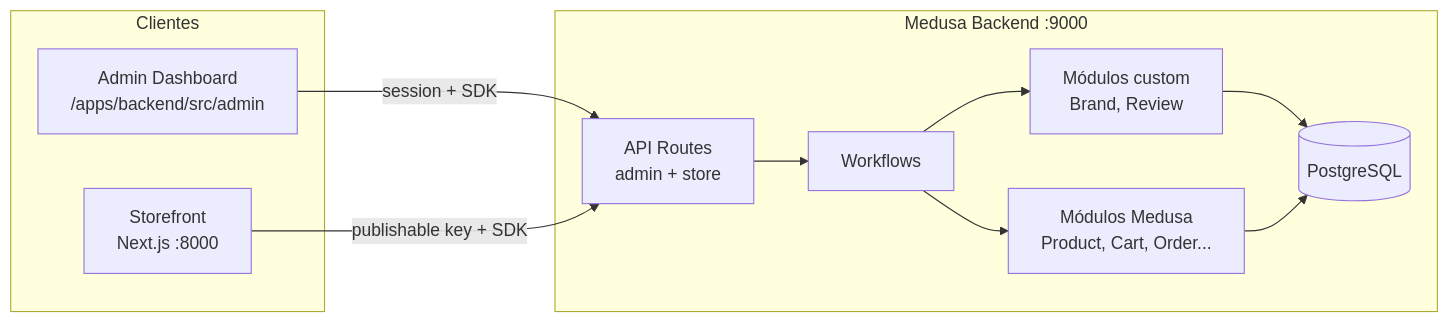
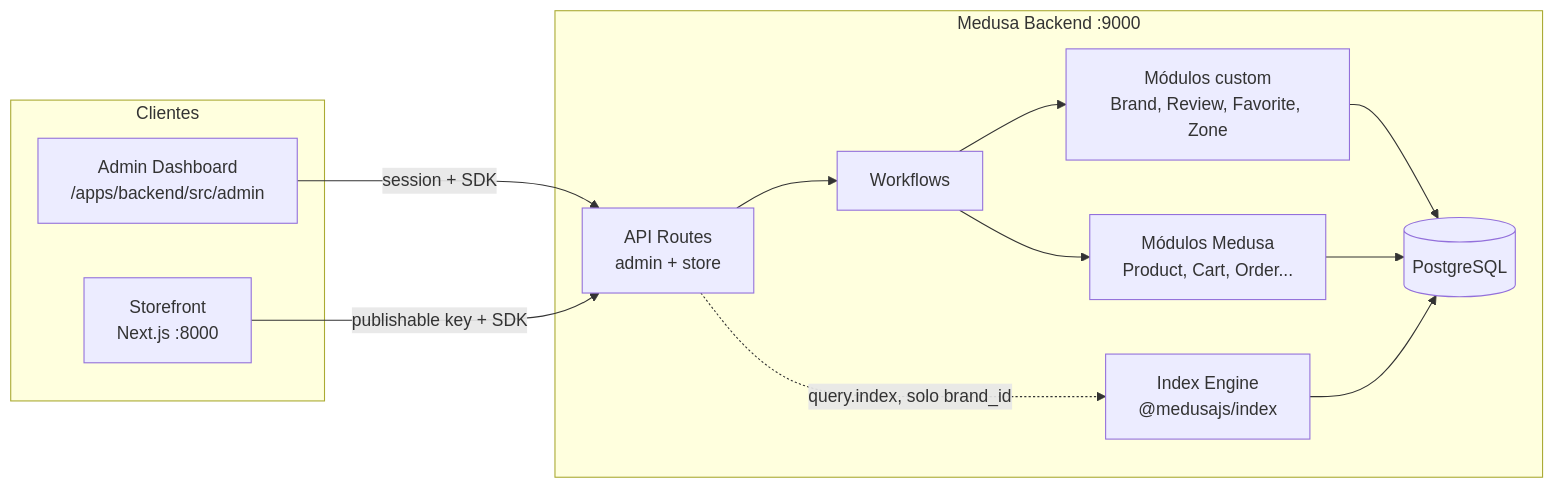
Before and after one commit to carlosfelipe15/charlie-store: the diagram in docs/architecture.md, drawn with Mermaid. The commit also changed other lines of this file and 7 other files, not shown here.

````diff
--- a/docs/architecture.md
+++ b/docs/architecture.md
@@ -5,23 +5,26 @@
 ```mermaid
 flowchart LR
   subgraph clients [Clientes]
     Admin[Admin Dashboard\n/apps/backend/src/admin]
     SF[Storefront\nNext.js :8000]
   end
 
   subgraph backend [Medusa Backend :9000]
     API[API Routes\nadmin + store]
     WF[Workflows]
-    MOD[Módulos custom\nBrand, Review]
+    MOD[Módulos custom\nBrand, Review, Favorite, Zone]
+    IDX[Index Engine\n@medusajs/index]
     CORE[Módulos Medusa\nProduct, Cart, Order...]
     DB[(PostgreSQL)]
   end
 
   Admin -->|session + SDK| API
   SF -->|publishable key + SDK| API
   API --> WF
   WF --> MOD
   WF --> CORE
   MOD --> DB
   CORE --> DB
+  API -.->|query.index, solo brand_id| IDX
+  IDX --> DB
 ```
````
